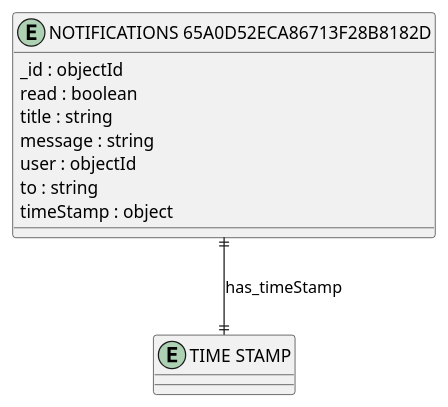
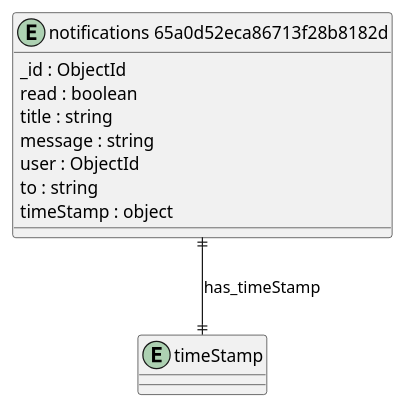
One commit to DigitalPaani/DigitalPaani_ERD changed the diagram in erd_output/NOTIFICATIONS_65A0D52ECA86713F28B8182D.puml. Above: the diagram before and after it, drawn with PlantUML. The commit also changed 274 other files, not shown here.

Commit message:
fix: updated diagram and script

```diff
--- a/erd_output/NOTIFICATIONS_65A0D52ECA86713F28B8182D.puml
+++ b/erd_output/NOTIFICATIONS_65A0D52ECA86713F28B8182D.puml
@@ -1,18 +1,18 @@
-@startuml NOTIFICATIONS_65A0D52ECA86713F28B8182D_Diagram
+@startuml notifications_65a0d52eca86713f28b8182d_Diagram
 
-entity "NOTIFICATIONS 65A0D52ECA86713F28B8182D" as NOTIFICATIONS_65A0D52ECA86713F28B8182D {
-  _id : objectId
+entity "notifications 65a0d52eca86713f28b8182d" as notifications_65a0d52eca86713f28b8182d {
+  _id : ObjectId
   read : boolean
   title : string
   message : string
-  user : objectId
+  user : ObjectId
   to : string
   timeStamp : object
 }
 
-entity "TIME STAMP" as TIME_STAMP {
+entity "timeStamp" as timeStamp {
 }
 
 ' // Relationships
-NOTIFICATIONS_65A0D52ECA86713F28B8182D ||--|| TIME_STAMP : has_timeStamp
+notifications_65a0d52eca86713f28b8182d ||--|| timeStamp : has_timeStamp
 @enduml
```
